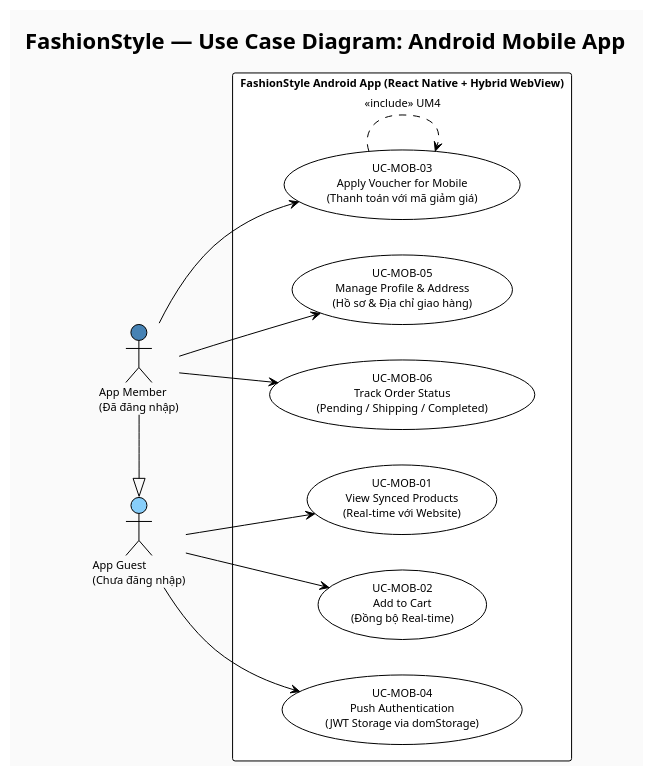
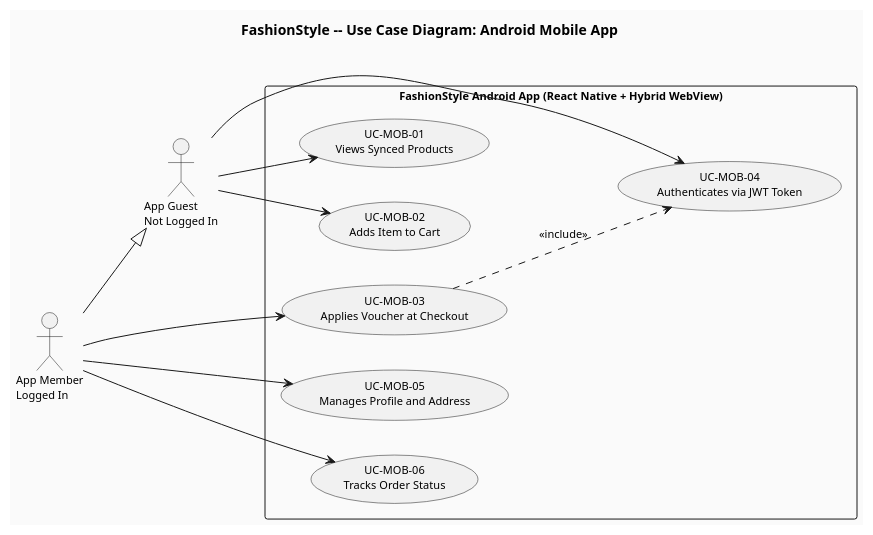
Before and after one commit to TungVuk4/Final-Project: the fourth of 9 diagrams in PlantUML_Diagrams.md, drawn with PlantUML. The commit also changed other lines of this file and 2 other files, not shown here.

````diff
--- a/PlantUML_Diagrams.md
+++ b/PlantUML_Diagrams.md
@@ -157,31 +159,33 @@
 ```plantuml
-@startuml FashionStyle_UseCase_Mobile
-!theme plain
+@startuml
+left to right direction
 skinparam backgroundColor #FAFAFA
-left to right direction
 skinparam defaultFontSize 11
 
-title FashionStyle — Use Case Diagram: Android Mobile App
+title FashionStyle -- Use Case Diagram: Android Mobile App
 
-actor "App Guest\n(Chưa đăng nhập)" as AppGuest #LightSkyBlue
-actor "App Member\n(Đã đăng nhập)" as AppMember #SteelBlue
-AppMember -|> AppGuest
+actor "App Guest\nNot Logged In" as AppGuest
+actor "App Member\nLogged In" as AppMember
+AppMember --|> AppGuest
 
 rectangle "FashionStyle Android App (React Native + Hybrid WebView)" {
-  usecase "UC-MOB-01\nView Synced Products\n(Real-time với Website)" as UM1
-  usecase "UC-MOB-02\nAdd to Cart\n(Đồng bộ Real-time)" as UM2
-  usecase "UC-MOB-03\nApply Voucher for Mobile\n(Thanh toán với mã giảm giá)" as UM3
-  usecase "UC-MOB-04\nPush Authentication\n(JWT Storage via domStorage)" as UM4
-  usecase "UC-MOB-05\nManage Profile & Address\n(Hồ sơ & Địa chỉ giao hàng)" as UM5
-  usecase "UC-MOB-06\nTrack Order Status\n(Pending / Shipping / Completed)" as UM6
+  usecase "UC-MOB-01\nViews Synced Products" as UM1
+  usecase "UC-MOB-02\nAdds Item to Cart" as UM2
+  usecase "UC-MOB-03\nApplies Voucher at Checkout" as UM3
+  usecase "UC-MOB-04\nAuthenticates via JWT Token" as UM4
+  usecase "UC-MOB-05\nManages Profile and Address" as UM5
+  usecase "UC-MOB-06\nTracks Order Status" as UM6
 }
 
 AppGuest --> UM1
 AppGuest --> UM2
 AppGuest --> UM4
+
 AppMember --> UM3
 AppMember --> UM5
 AppMember --> UM6
-UM3 ..> UM3 : <<include>> UM4
+
+UM3 ..> UM4 : <<include>>
+
 @enduml
 ```
````
